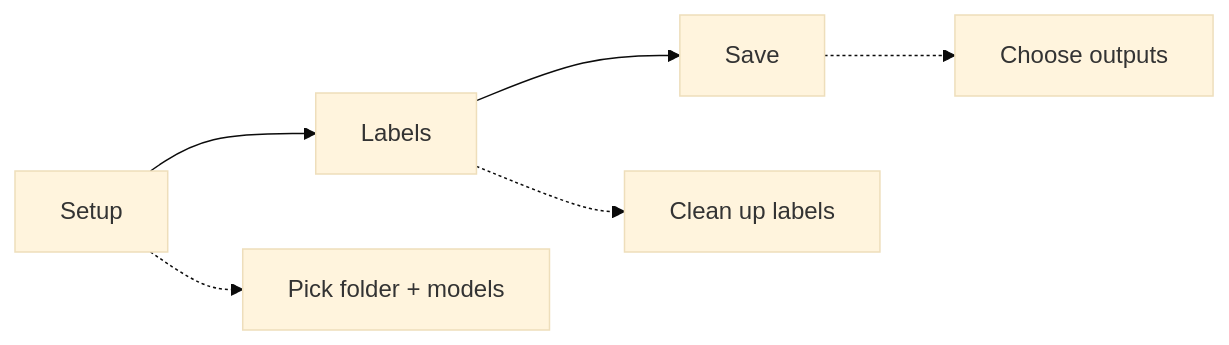
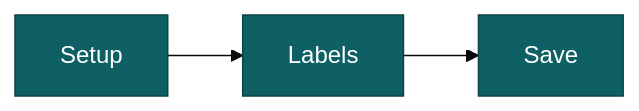
One commit to PetervanLunteren/AddaxAI changed the diagram in docs/docs/guides/analyse-a-folder.mdx. Above: the diagram before and after it, drawn with Mermaid (base theme). The commit also changed other lines of this file and 14 other files, not shown here.

````diff
--- a/docs/docs/guides/analyse-a-folder.mdx
+++ b/docs/docs/guides/analyse-a-folder.mdx
@@ -16,7 +12,6 @@
 ```mermaid
 flowchart LR
   A[Setup] --> B[Labels] --> C[Save]
-  A -.-> A1[Pick folder + models]
-  B -.-> B1[Clean up labels]
-  C -.-> C1[Choose outputs]
+  classDef box fill:#0f6064,stroke:#0a4345,color:#ffffff;
+  class A,B,C box;
 ```
````
